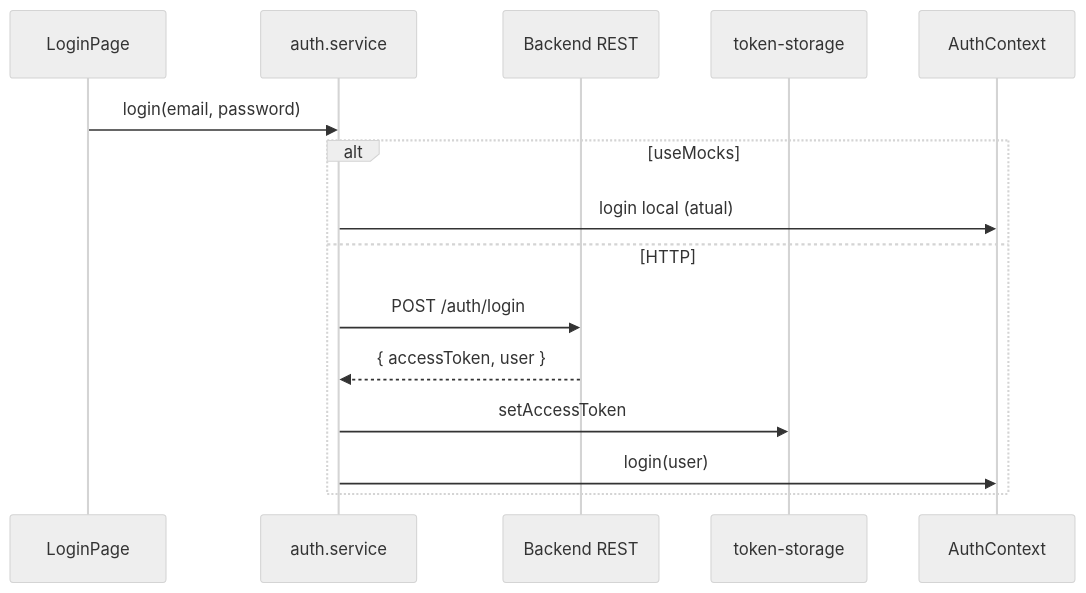
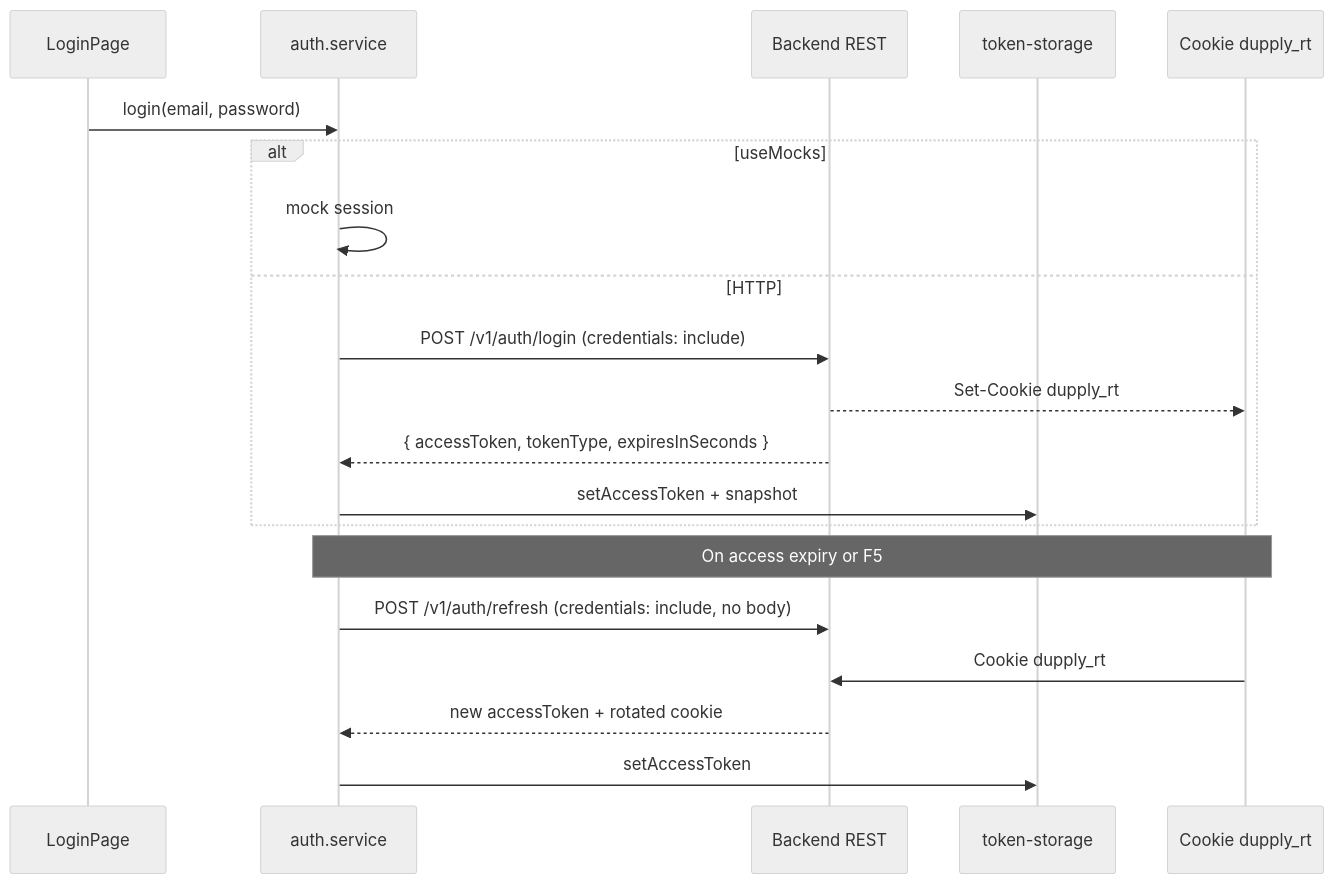
The second of 2 diagrams in .specs/features/api-integration/design.md (vvmafra/dupply-frontend), drawn with Mermaid (neutral theme) before and after one commit. The commit also changed other lines of this file and 185 other files, not shown here.

````diff
--- a/.specs/features/api-integration/design.md
+++ b/.specs/features/api-integration/design.md
@@ -122,18 +124,24 @@
 ```mermaid
 sequenceDiagram
   participant UI as LoginPage
   participant Svc as auth.service
   participant API as Backend REST
   participant Store as token-storage
-  participant Ctx as AuthContext
+  participant Browser as Cookie dupply_rt
 
   UI->>Svc: login(email, password)
   alt useMocks
-    Svc->>Ctx: login local (atual)
+    Svc->>Svc: mock session
   else HTTP
-    Svc->>API: POST /auth/login
-    API-->>Svc: { accessToken, user }
-    Svc->>Store: setAccessToken
-    Svc->>Ctx: login(user)
+    Svc->>API: POST /v1/auth/login (credentials: include)
+    API-->>Browser: Set-Cookie dupply_rt
+    API-->>Svc: { accessToken, tokenType, expiresInSeconds }
+    Svc->>Store: setAccessToken + snapshot
   end
+
+  Note over Svc,Browser: On access expiry or F5
+  Svc->>API: POST /v1/auth/refresh (credentials: include, no body)
+  Browser->>API: Cookie dupply_rt
+  API-->>Svc: new accessToken + rotated cookie
+  Svc->>Store: setAccessToken
 ```
````
